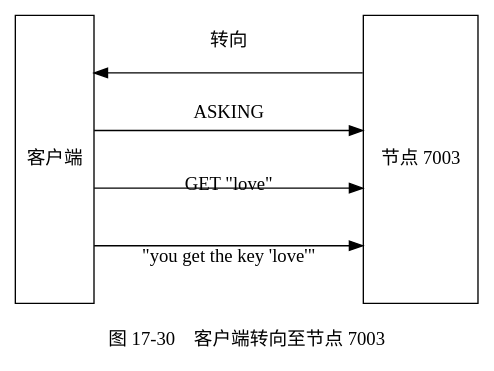
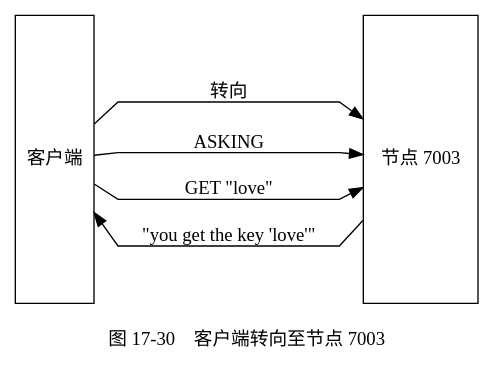
One commit to huangzworks/redisbook1e-gallery changed diagram 24 of 35 in 17-cluster.rst. Above: the diagram before and after it, drawn with Graphviz. The commit also changed other lines of this file and 2 other files, not shown here.

```diff
--- a/17-cluster.rst
+++ b/17-cluster.rst
@@ -874,29 +874,29 @@
 .. graphviz::
 
     digraph {
 
         label = "\n 图 17-30    客户端转向至节点 7003";
 
         rankdir = LR;
 
-        splines = ortho;
+        splines = polyline
 
         //
 
         node [shape = box, height = 3];
 
         client [label = "客户端"];
 
         node7003 [label = "节点 7003"];
 
         //
 
         client -> node7003 [label = "转向"];
 
-        client -> node7003 [label = "\nASKING"];
+        client -> node7003 [label = "ASKING"];
 
-        client -> node7003 [label = "\nGET \"love\""];
+        client -> node7003 [label = "\n GET \"love\""];
 
         client -> node7003 [dir = back, label = "\n\"you get the key 'love'\""];
 
     }
```
